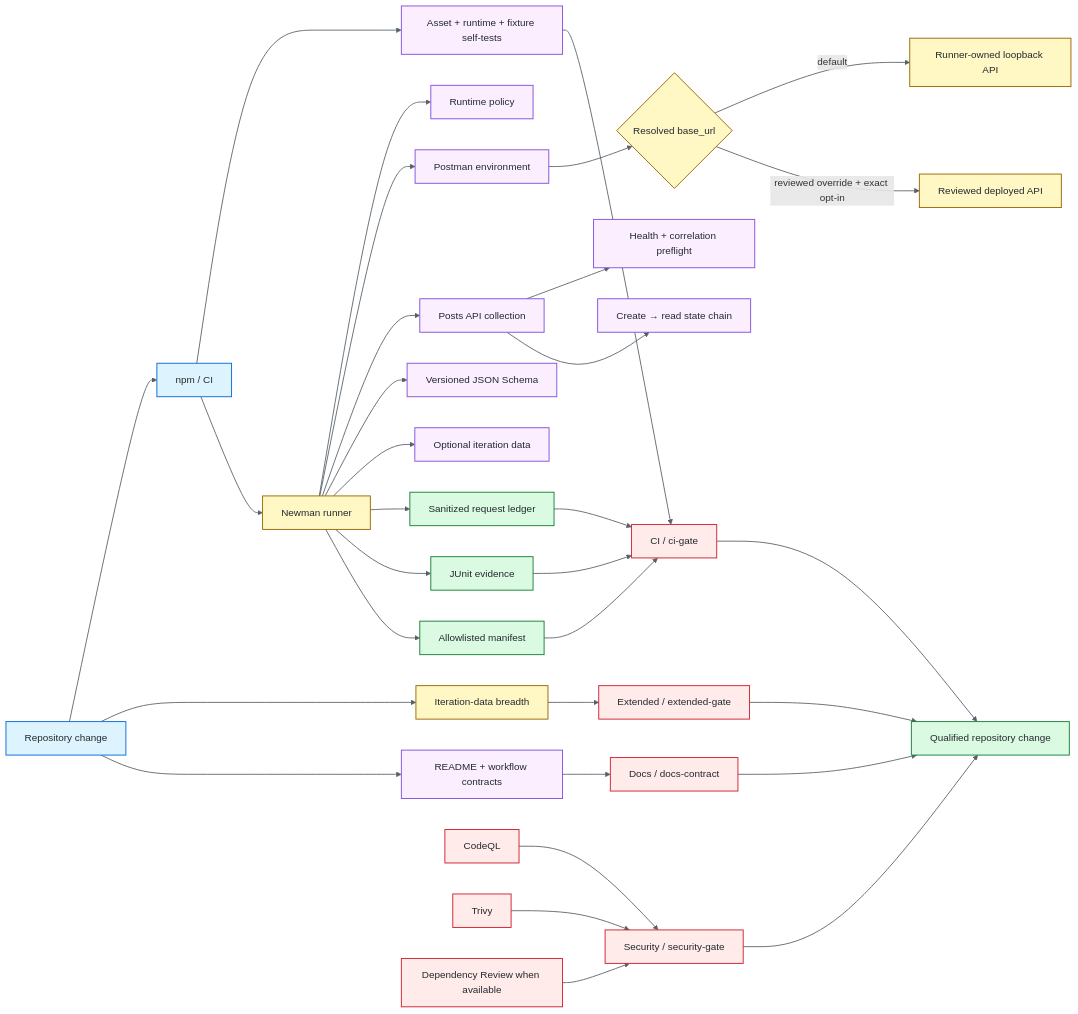
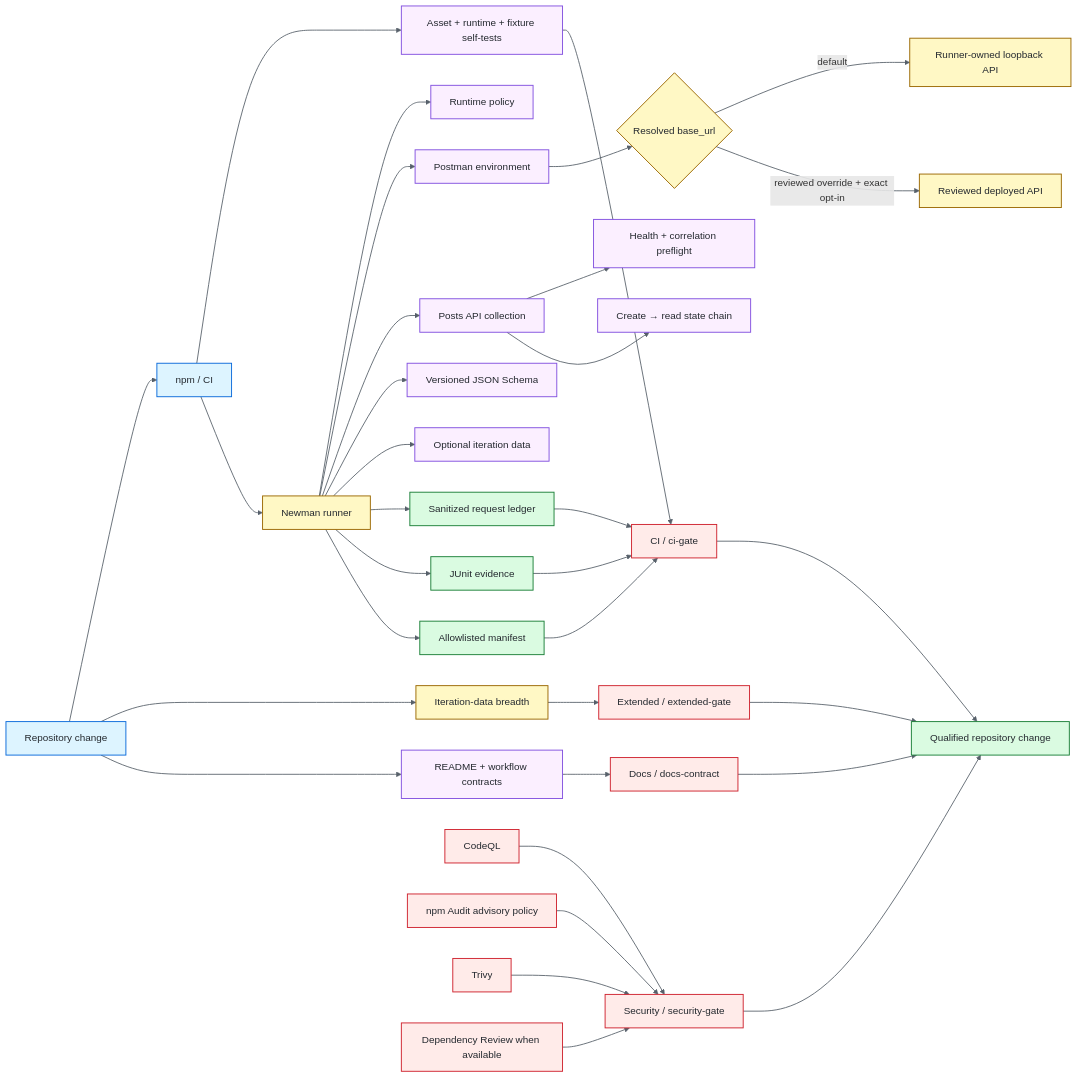
One commit to portyu9/qa-automation-api-postman-newman changed the diagram in README.md. Above: the diagram before and after it, drawn with Mermaid. The commit also changed 1 other file, not shown here.

Commit message:
docs: include npm audit in architecture diagram

````diff
--- a/README.md
+++ b/README.md
@@ -39,50 +39,51 @@
 ```mermaid
 flowchart LR
     CHANGE[Repository change] --> CLI[npm / CI]
     CLI --> VALIDATE[Asset + runtime + fixture self-tests]
     CLI --> RUN[Newman runner]
     RUN --> POLICY[Runtime policy]
     RUN --> ENV[Postman environment]
     RUN --> COL[Posts API collection]
     RUN --> SCHEMA[Versioned JSON Schema]
     RUN --> DATA[Optional iteration data]
     COL --> PREFLIGHT[Health + correlation preflight]
     COL --> STATE[Create → read state chain]
     ENV --> TARGET{Resolved base_url}
     TARGET -->|default| LOCAL[Runner-owned loopback API]
     TARGET -->|reviewed override + exact opt-in| EXT[Reviewed deployed API]
     RUN --> LEDGER[Sanitized request ledger]
     RUN --> JUNIT[JUnit evidence]
     RUN --> MAN[Allowlisted manifest]
     VALIDATE --> CIG[CI / ci-gate]
     LEDGER --> CIG
     JUNIT --> CIG
     MAN --> CIG
 
     CHANGE --> BREADTH[Iteration-data breadth]
     BREADTH --> EG[Extended / extended-gate]
 
     CHANGE --> DOCS[README + workflow contracts]
     DOCS --> DG[Docs / docs-contract]
 
     SAST[CodeQL] --> SG[Security / security-gate]
+    AUDIT[npm Audit advisory policy] --> SG
     TRIVY[Trivy] --> SG
     REVIEW[Dependency Review when available] --> SG
 
     CIG --> RESULT[Qualified repository change]
     EG --> RESULT
     DG --> RESULT
     SG --> RESULT
 
     classDef entry fill:#ddf4ff,stroke:#0969da,color:#24292f,stroke-width:1.5px;
     classDef policy fill:#fbefff,stroke:#8250df,color:#24292f,stroke-width:1.5px;
     classDef runtime fill:#fff8c5,stroke:#9a6700,color:#24292f,stroke-width:1.5px;
     classDef evidence fill:#dafbe1,stroke:#1a7f37,color:#24292f,stroke-width:1.5px;
     classDef gate fill:#ffebe9,stroke:#cf222e,color:#24292f,stroke-width:1.5px;
     class CHANGE,CLI entry;
     class VALIDATE,POLICY,ENV,COL,SCHEMA,DATA,PREFLIGHT,STATE,DOCS policy;
     class RUN,TARGET,LOCAL,EXT,BREADTH runtime;
     class LEDGER,JUNIT,MAN,RESULT evidence;
-    class CIG,EG,DG,SAST,TRIVY,REVIEW,SG gate;
+    class CIG,EG,DG,SAST,AUDIT,TRIVY,REVIEW,SG gate;
     linkStyle default stroke:#57606a,stroke-width:1.4px;
 ```
````
